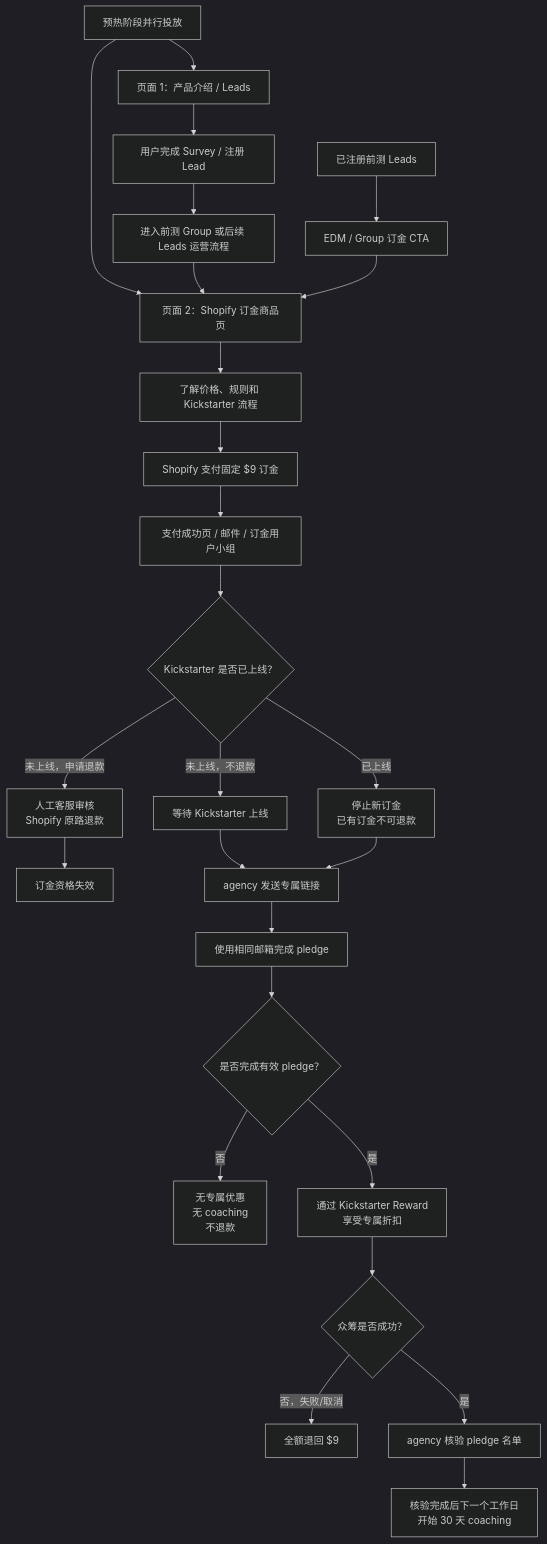
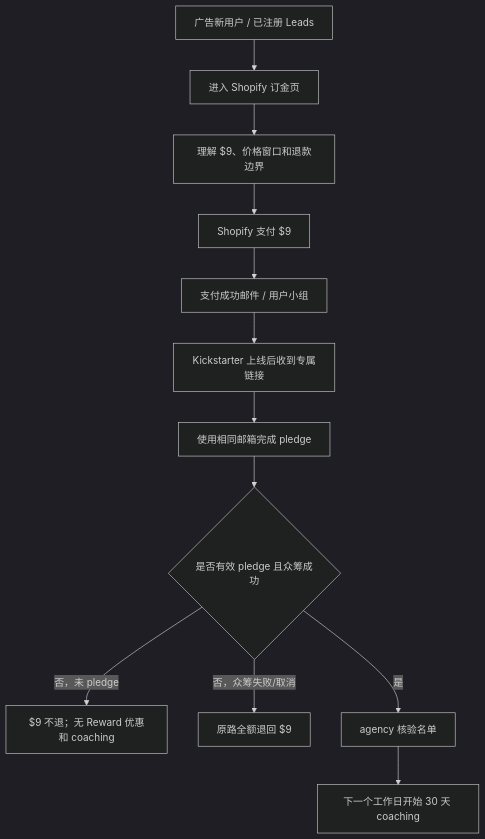
The diagram in deliverables/deposit-page-requirements.md (jerlinn/SyncART), drawn with Mermaid (dark theme) before and after one commit. The commit also changed other lines of this file and 12 other files, not shown here.

````diff
--- a/deliverables/deposit-page-requirements.md
+++ b/deliverables/deposit-page-requirements.md
@@ -21,34 +62,14 @@
 ```mermaid
 flowchart TD
-    A[预热阶段并行投放]
-    A --> B[页面 1：产品介绍 / Leads]
-    A --> C[页面 2：Shopify 订金商品页]
-
-    B --> D[用户完成 Survey / 注册 Lead]
-    D --> E[进入前测 Group 或后续 Leads 运营流程]
-    E --> C
-
-    F[已注册前测 Leads]
-    F --> G[EDM / Group 订金 CTA]
-    G --> C
-
-    C --> H[了解价格、规则和 Kickstarter 流程]
-    H --> I[Shopify 支付固定 $9 订金]
-    I --> J[支付成功页 / 邮件 / 订金用户小组]
-
-    J --> K{Kickstarter 是否已上线？}
-    K -- 未上线，申请退款 --> L[人工客服审核<br/>Shopify 原路退款]
-    L --> M[订金资格失效]
-    K -- 未上线，不退款 --> N[等待 Kickstarter 上线]
-    K -- 已上线 --> O[停止新订金<br/>已有订金不可退款]
-    N --> P[agency 发送专属链接]
-    O --> P
-    P --> Q[使用相同邮箱完成 pledge]
-    Q --> R{是否完成有效 pledge？}
-    R -- 否 --> S[无专属优惠<br/>无 coaching<br/>不退款]
-    R -- 是 --> T[通过 Kickstarter Reward<br/>享受专属折扣]
-    T --> U{众筹是否成功？}
-    U -- 否，失败/取消 --> V[全额退回 $9]
-    U -- 是 --> W[agency 核验 pledge 名单]
-    W --> X[核验完成后下一个工作日<br/>开始 30 天 coaching]
+    A[广告新用户 / 已注册 Leads] --> B[进入 Shopify 订金页]
+    B --> C[理解 $9、价格窗口和退款边界]
+    C --> D[Shopify 支付 $9]
+    D --> E[支付成功邮件 / 用户小组]
+    E --> F[Kickstarter 上线后收到专属链接]
+    F --> G[使用相同邮箱完成 pledge]
+    G --> H{是否有效 pledge 且众筹成功}
+    H -- 否，未 pledge --> I[$9 不退；无 Reward 优惠和 coaching]
+    H -- 否，众筹失败/取消 --> J[原路全额退回 $9]
+    H -- 是 --> K[agency 核验名单]
+    K --> L[下一个工作日开始 30 天 coaching]
 ```
````
